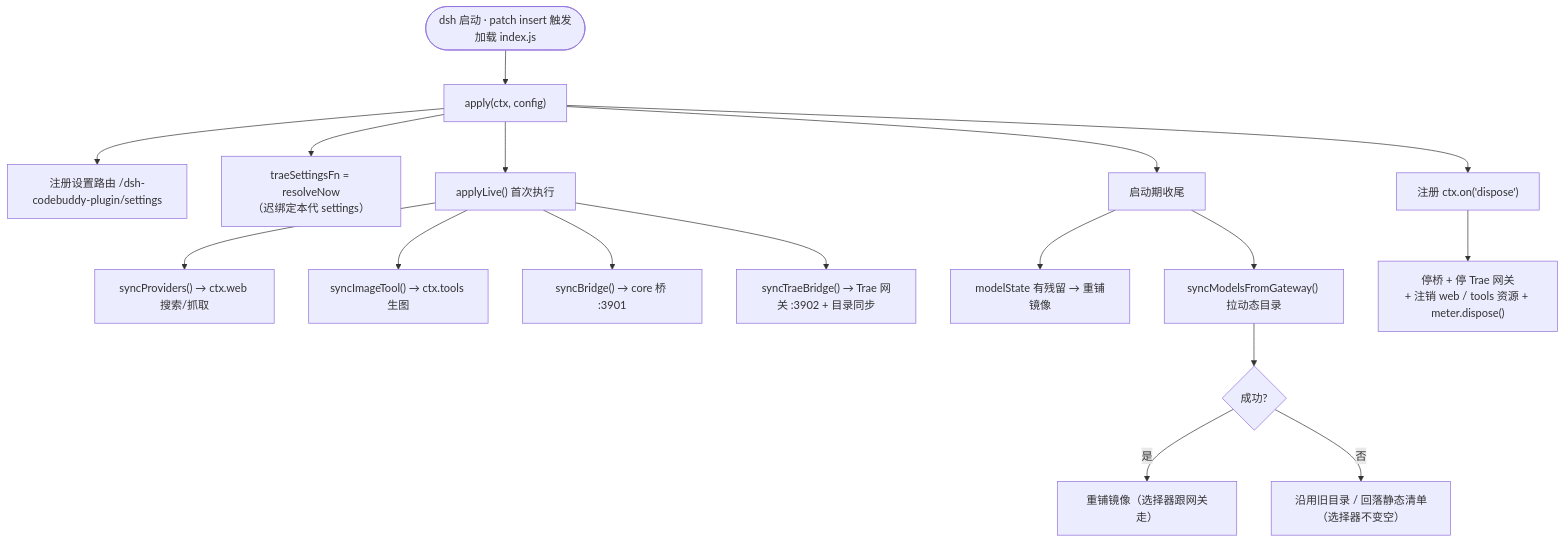
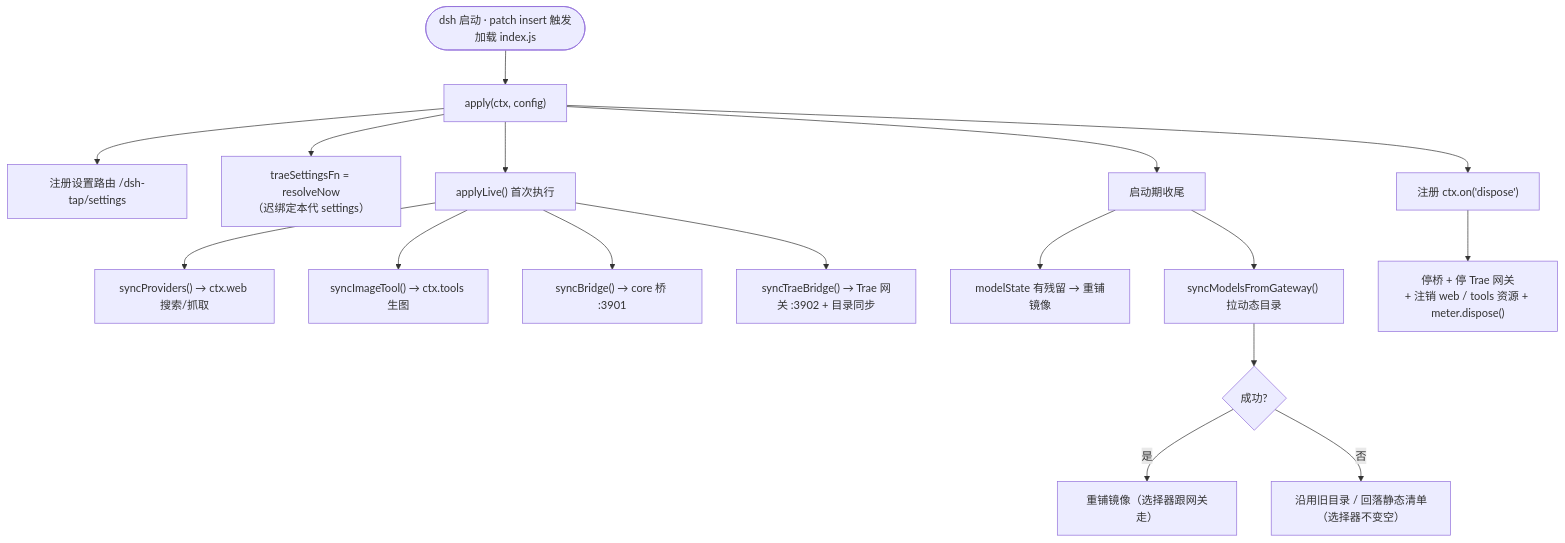
The first of 2 diagrams in wiki/02-composition-root.md (taikaikaikai-pixel/dsh-codebuddy-plugin), drawn with Mermaid before and after one commit. The commit also changed other lines of this file and 19 other files, not shown here.

First line of the commit message:
feat!: rename dsh-codebuddy-plugin -> dsh-tap (v0.9.0)

````diff
--- a/wiki/02-composition-root.md
+++ b/wiki/02-composition-root.md
@@ -74,19 +74,19 @@
 ```mermaid
 flowchart TB
     START(["dsh 启动 · patch insert 触发加载 index.js"]) --> APPLY["apply(ctx, config)"]
-    APPLY --> ROUTE["注册设置路由 /dsh-codebuddy-plugin/settings"]
+    APPLY --> ROUTE["注册设置路由 /dsh-tap/settings"]
     APPLY --> TSN["traeSettingsFn = resolveNow<br/>（迟绑定本代 settings）"]
     APPLY --> LIVE["applyLive() 首次执行"]
     LIVE --> F1["syncProviders() → ctx.web 搜索/抓取"]
     LIVE --> F2["syncImageTool() → ctx.tools 生图"]
     LIVE --> F3["syncBridge() → core 桥 :3901"]
     LIVE --> F4["syncTraeBridge() → Trae 网关 :3902 + 目录同步"]
     APPLY --> BOOT["启动期收尾"]
     BOOT --> B1["modelState 有残留 → 重铺镜像"]
     BOOT --> B2["syncModelsFromGateway() 拉动态目录"]
     B2 --> B3{"成功?"}
     B3 -->|是| B4["重铺镜像（选择器跟网关走）"]
     B3 -->|否| B5["沿用旧目录 / 回落静态清单（选择器不变空）"]
     APPLY --> DISP["注册 ctx.on('dispose')"]
     DISP --> D["停桥 + 停 Trae 网关<br/>+ 注销 web / tools 资源 + meter.dispose()"]
 ```
````
